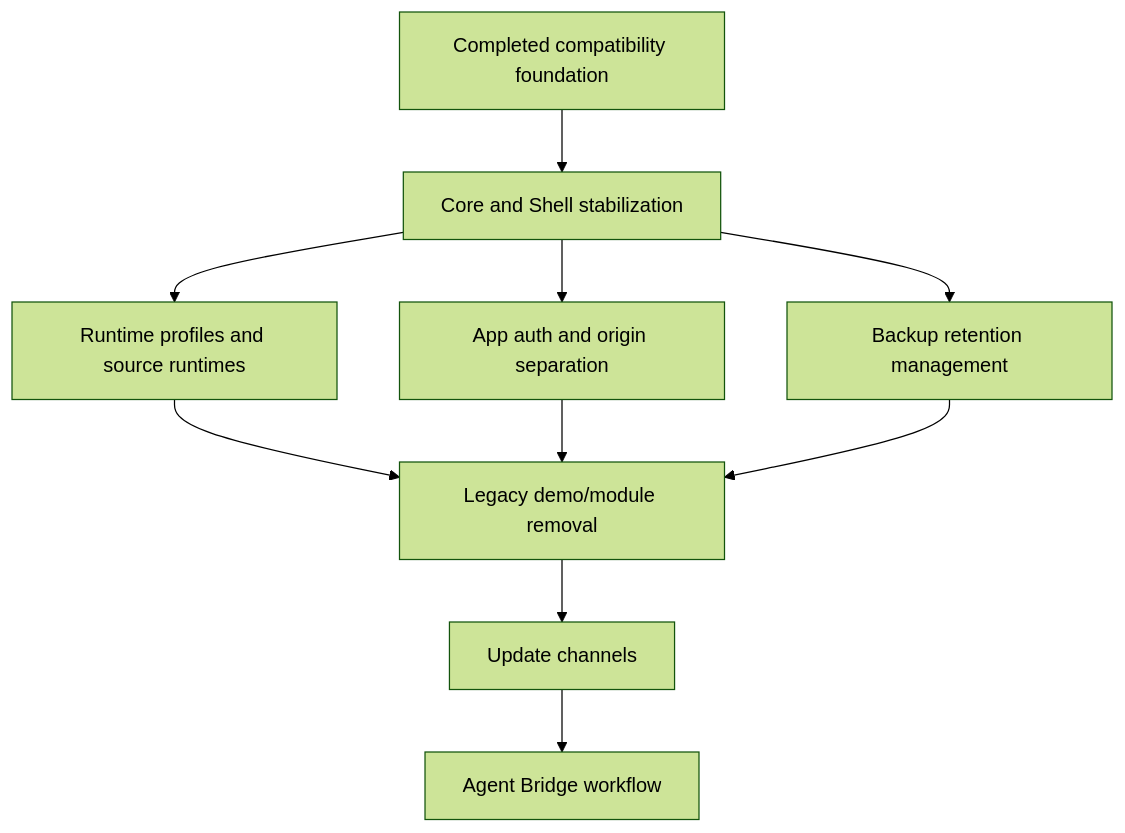
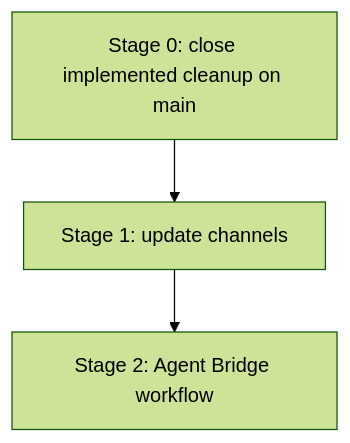
Before and after one commit to alex-de-haas/docker-host: the diagram in docs/roadmap.md, drawn with Mermaid (forest theme). The commit also changed other lines of this file and 1 other file, not shown here.

Commit message:
Refactor roadmap to keep only pending stages and merge-gate cleanup

````diff
--- a/docs/roadmap.md
+++ b/docs/roadmap.md
@@ -9,12 +9,5 @@
 ```mermaid
 flowchart TD
-  A["Completed compatibility foundation"] --> B["Core and Shell stabilization"]
-  B --> C["Runtime profiles and source runtimes"]
-  B --> D["App auth and origin separation"]
-  B --> E["Backup retention management"]
-  C --> L["Legacy demo/module removal"]
-  D --> L
-  E --> L
-  L --> F["Update channels"]
-  F --> G["Agent Bridge workflow"]
+  A["Stage 0: close implemented cleanup on main"] --> B["Stage 1: update channels"]
+  B --> C["Stage 2: Agent Bridge workflow"]
 ```
````
